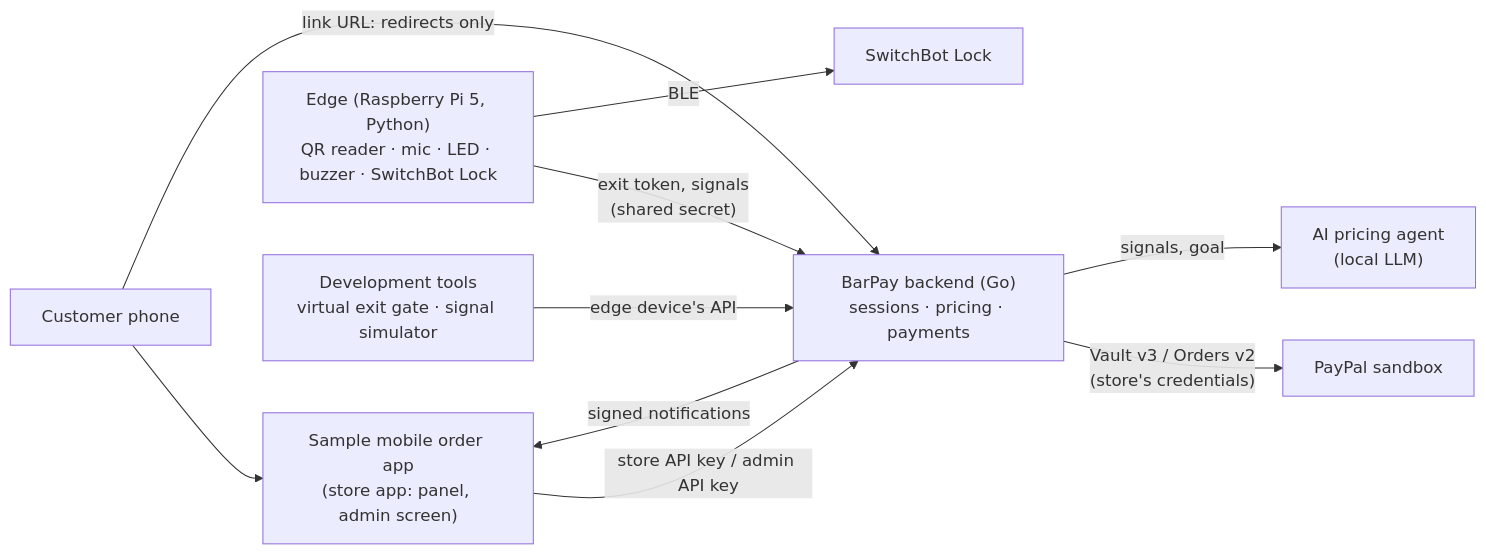
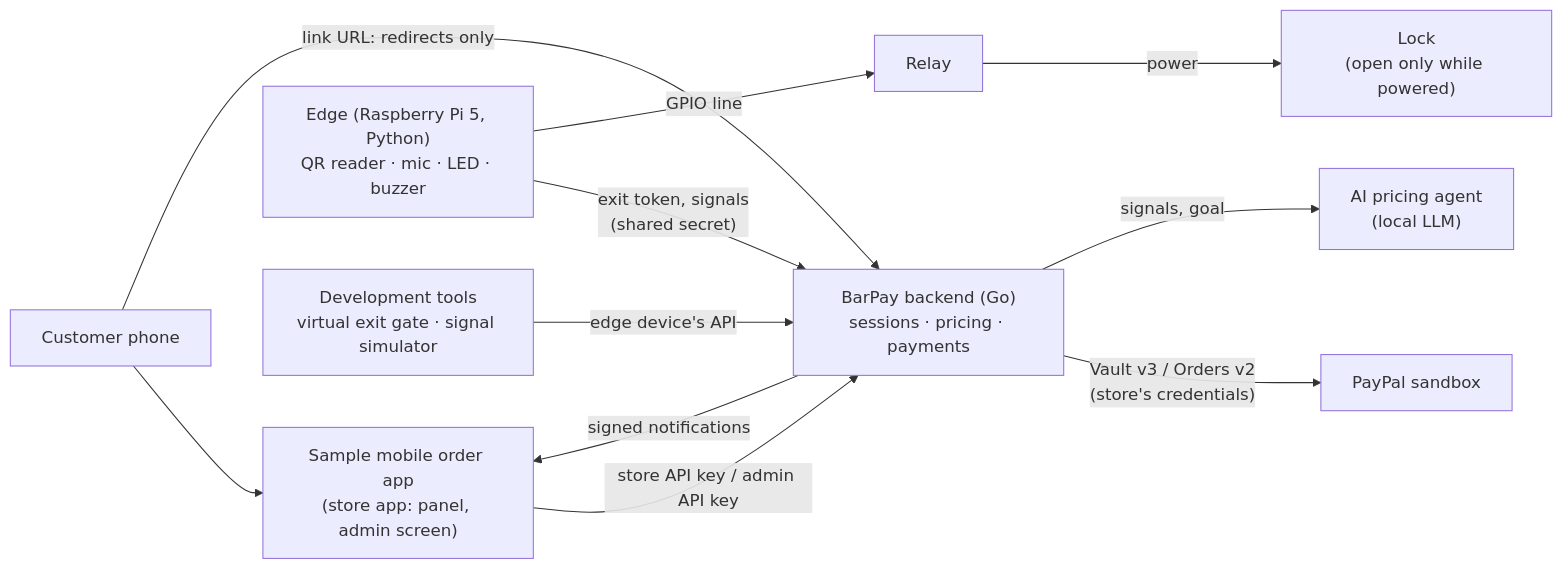
The fourth of 4 diagrams in docs/PRD.md (sumiredc/barpay), drawn with Mermaid before and after one commit. The commit also changed other lines of this file and 4 other files, not shown here.

First line of the commit message:
Describe the relay lock in the PRD and edge.yaml in place of SwitchBot

````diff
--- a/docs/PRD.md
+++ b/docs/PRD.md
@@ -363,12 +363,12 @@
 ```mermaid
 flowchart LR
   Phone["Customer phone"] --> App["Sample mobile order app<br/>(store app: panel, admin screen)"]
   Phone -- "link URL: redirects only" --> API
   App -- "store API key / admin API key" --> API
   API -- "signed notifications" --> App
   API["BarPay backend (Go)<br/>sessions · pricing · payments"] -- "Vault v3 / Orders v2<br/>(store's credentials)" --> PP["PayPal sandbox"]
   API -- "signals, goal" --> LLM["AI pricing agent<br/>(local LLM)"]
-  Edge["Edge (Raspberry Pi 5, Python)<br/>QR reader · mic · LED · buzzer · SwitchBot Lock"] -- "exit token, signals<br/>(shared secret)" --> API
-  Edge -- BLE --> Lock["SwitchBot Lock"]
+  Edge["Edge (Raspberry Pi 5, Python)<br/>QR reader · mic · LED · buzzer"] -- "exit token, signals<br/>(shared secret)" --> API
+  Edge -- "GPIO line" --> Relay["Relay"] -- "power" --> Lock["Lock<br/>(open only while powered)"]
   Dev["Development tools<br/>virtual exit gate · signal simulator"] -- "edge device's API" --> API
 ```
````
